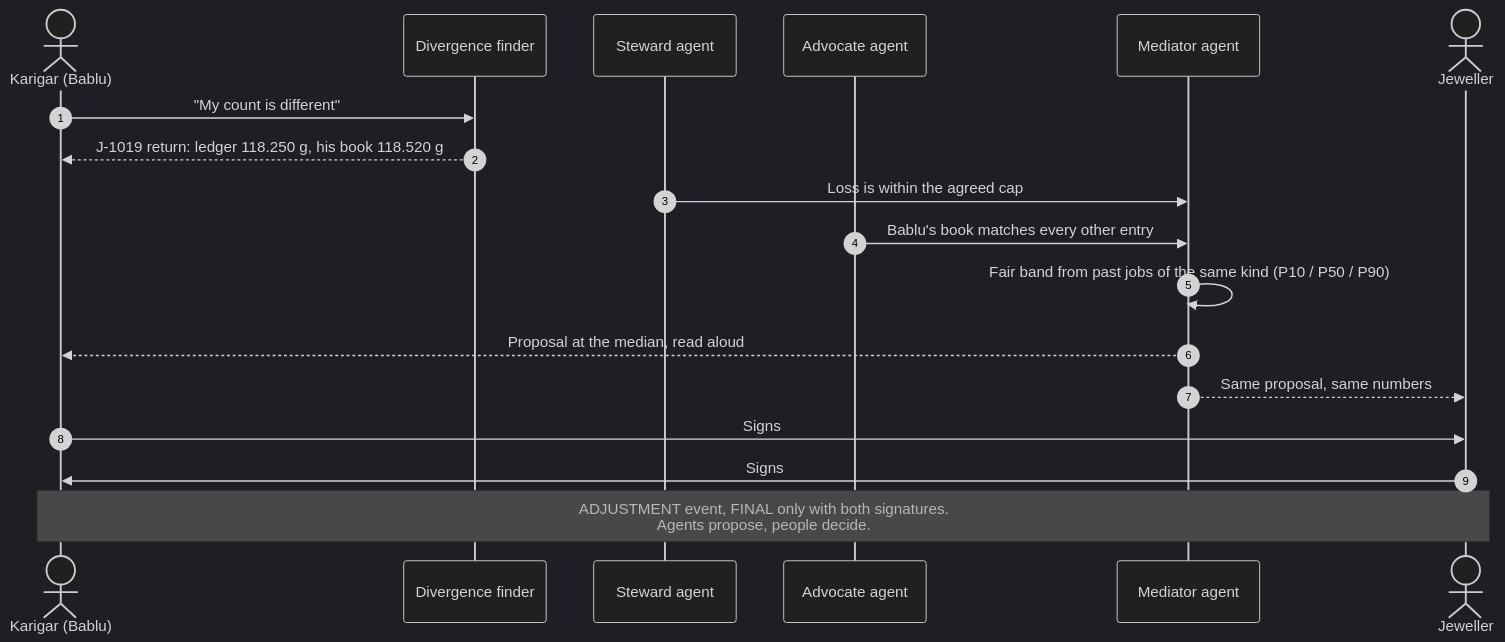
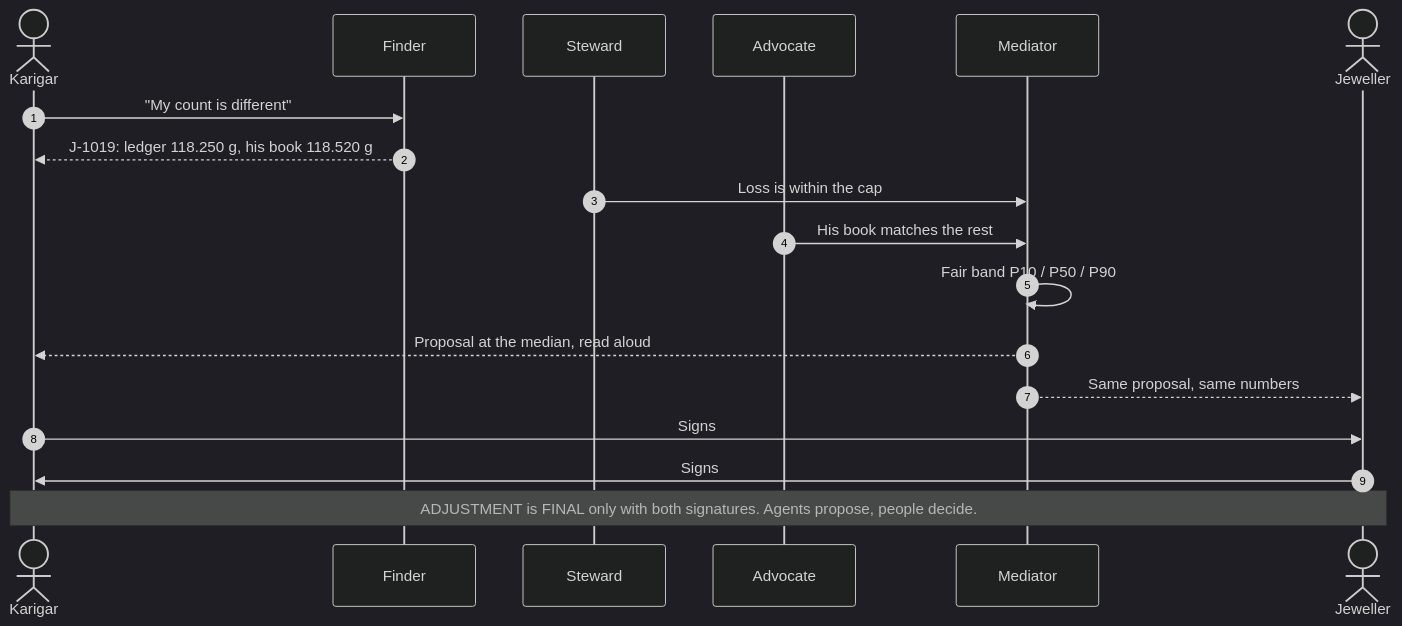
One commit to Piyush5525/Tarazu changed the third of 4 diagrams in README.md. Above: the diagram before and after it, drawn with Mermaid (dark theme). The commit also changed other lines of this file, not shown here.

Commit message:
README: vertical voice flowchart, tighter dispute diagram so nothing is clipped on GitHub

````diff
--- a/README.md
+++ b/README.md
@@ -115,21 +115,21 @@
 ```mermaid
 sequenceDiagram
     autonumber
-    actor K as Karigar (Bablu)
-    participant D as Divergence finder
-    participant S as Steward agent
-    participant A as Advocate agent
-    participant M as Mediator agent
+    actor K as Karigar
+    participant D as Finder
+    participant S as Steward
+    participant A as Advocate
+    participant M as Mediator
     actor J as Jeweller
 
     K->>D: "My count is different"
-    D-->>K: J-1019 return: ledger 118.250 g, his book 118.520 g
-    S->>M: Loss is within the agreed cap
-    A->>M: Bablu's book matches every other entry
-    M->>M: Fair band from past jobs of the same kind (P10 / P50 / P90)
+    D-->>K: J-1019: ledger 118.250 g, his book 118.520 g
+    S->>M: Loss is within the cap
+    A->>M: His book matches the rest
+    M->>M: Fair band P10 / P50 / P90
     M-->>K: Proposal at the median, read aloud
     M-->>J: Same proposal, same numbers
     K->>J: Signs
     J->>K: Signs
-    Note over K,J: ADJUSTMENT event, FINAL only with both signatures.<br/>Agents propose, people decide.
+    Note over K,J: ADJUSTMENT is FINAL only with both signatures. Agents propose, people decide.
 ```
````
